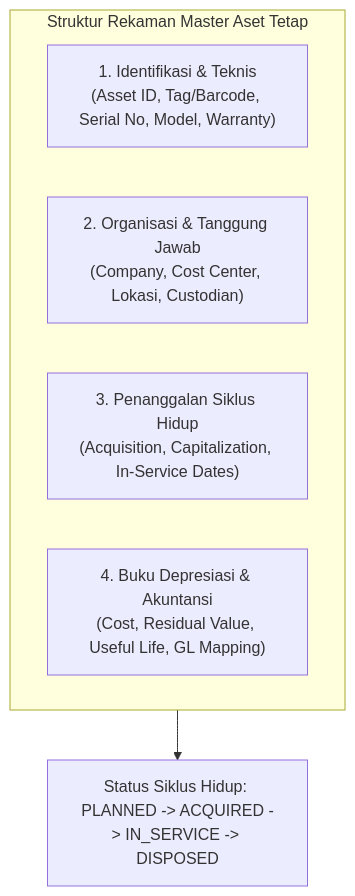
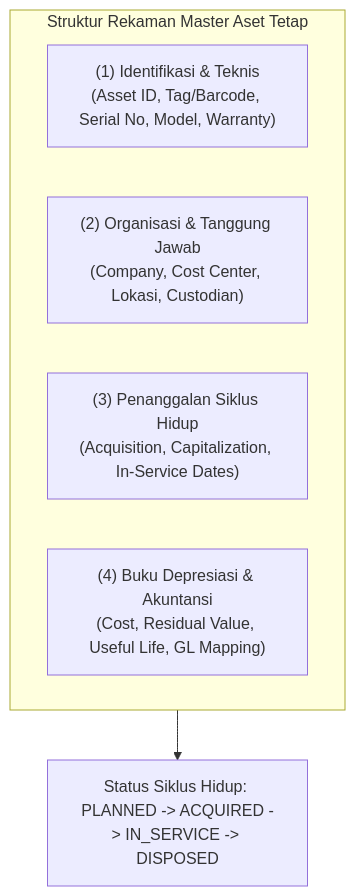
Before and after one commit to alimurrofid/erp-notes: the first of 3 diagrams in content/08-assets/asset-master-data.md, drawn with Mermaid. The commit also changed 132 other files, not shown here.

````diff
--- a/content/08-assets/asset-master-data.md
+++ b/content/08-assets/asset-master-data.md
@@ -9,10 +9,10 @@
 ```mermaid
 graph TD
     subgraph AssetMasterRecord["Struktur Rekaman Master Aset Tetap"]
-        ID["1. Identifikasi & Teknis<br/>(Asset ID, Tag/Barcode, Serial No, Model, Warranty)"]
-        Org["2. Organisasi & Tanggung Jawab<br/>(Company, Cost Center, Lokasi, Custodian)"]
-        Dates["3. Penanggalan Siklus Hidup<br/>(Acquisition, Capitalization, In-Service Dates)"]
-        Fin["4. Buku Depresiasi & Akuntansi<br/>(Cost, Residual Value, Useful Life, GL Mapping)"]
+        ID["(1) Identifikasi & Teknis<br/>(Asset ID, Tag/Barcode, Serial No, Model, Warranty)"]
+        Org["(2) Organisasi & Tanggung Jawab<br/>(Company, Cost Center, Lokasi, Custodian)"]
+        Dates["(3) Penanggalan Siklus Hidup<br/>(Acquisition, Capitalization, In-Service Dates)"]
+        Fin["(4) Buku Depresiasi & Akuntansi<br/>(Cost, Residual Value, Useful Life, GL Mapping)"]
     end
     AssetMasterRecord --> Status["Status Siklus Hidup: PLANNED -> ACQUIRED -> IN_SERVICE -> DISPOSED"]
 ```
````
